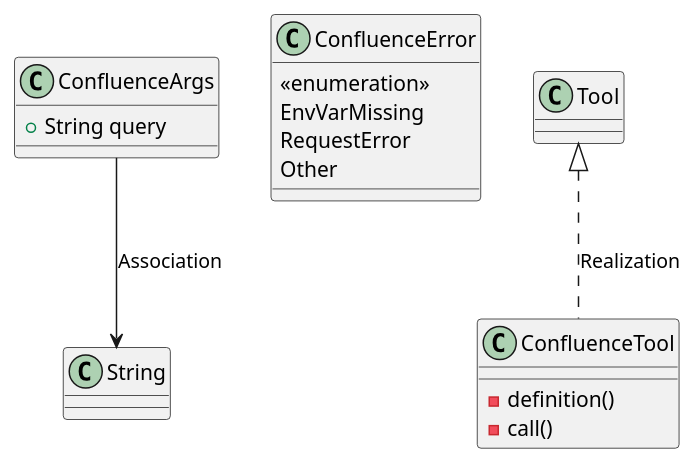
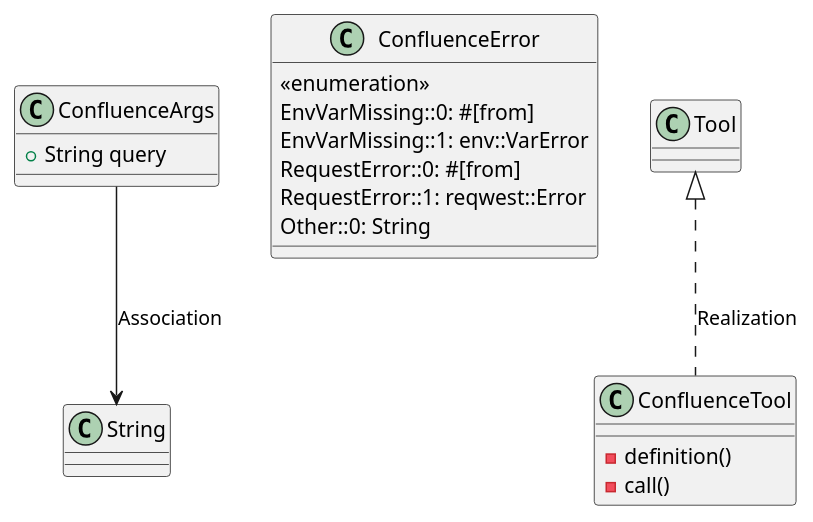
The first of 2 diagrams in openwiki/modules/src/infrastructure/tools/confluence.md (lgcorzo/fastapi-autogen-team), drawn with PlantUML before and after one commit. The commit also changed other lines of this file and 34 other files, not shown here.

````diff
--- a/openwiki/modules/src/infrastructure/tools/confluence.md
+++ b/openwiki/modules/src/infrastructure/tools/confluence.md
@@ -29,19 +29,21 @@
 ```plantuml
 @startuml
     class ConfluenceArgs {
         +String query
     }
     class ConfluenceError {
         <<enumeration>>
-        EnvVarMissing
-        RequestError
-        Other
+        EnvVarMissing::0: #[from]
+        EnvVarMissing::1: env::VarError
+        RequestError::0: #[from]
+        RequestError::1: reqwest::Error
+        Other::0: String
     }
     class ConfluenceTool {
         -definition()
         -call()
     }
     ConfluenceArgs --> String : Association
     Tool <|.. ConfluenceTool : Realization
 @enduml
 ```
````
